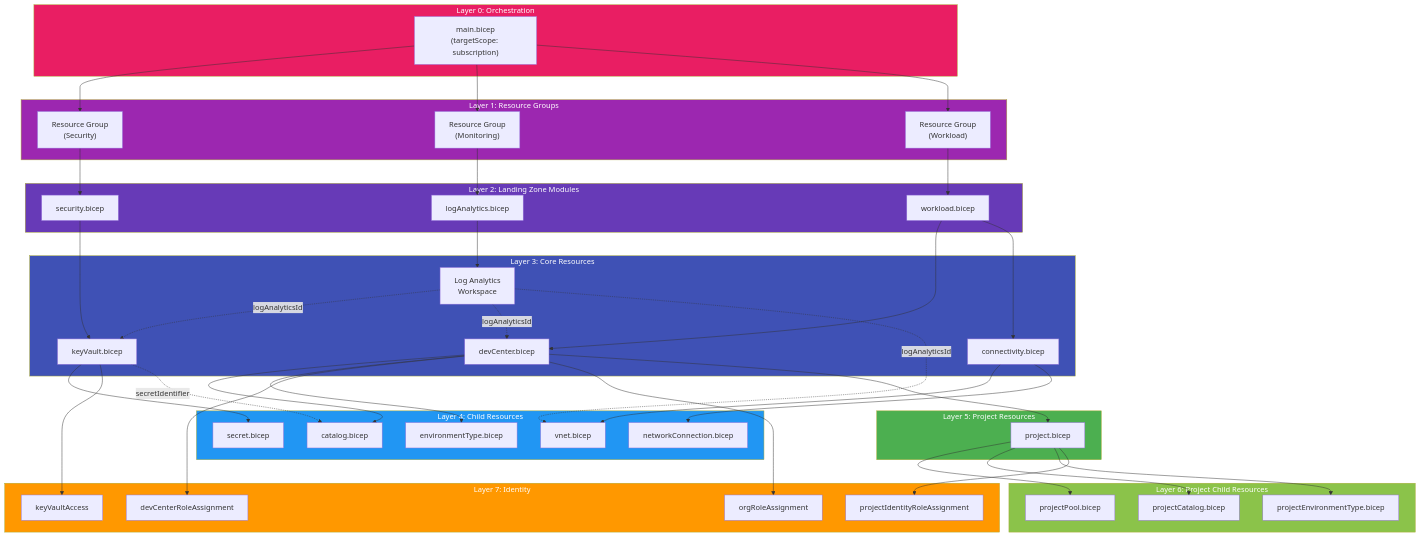
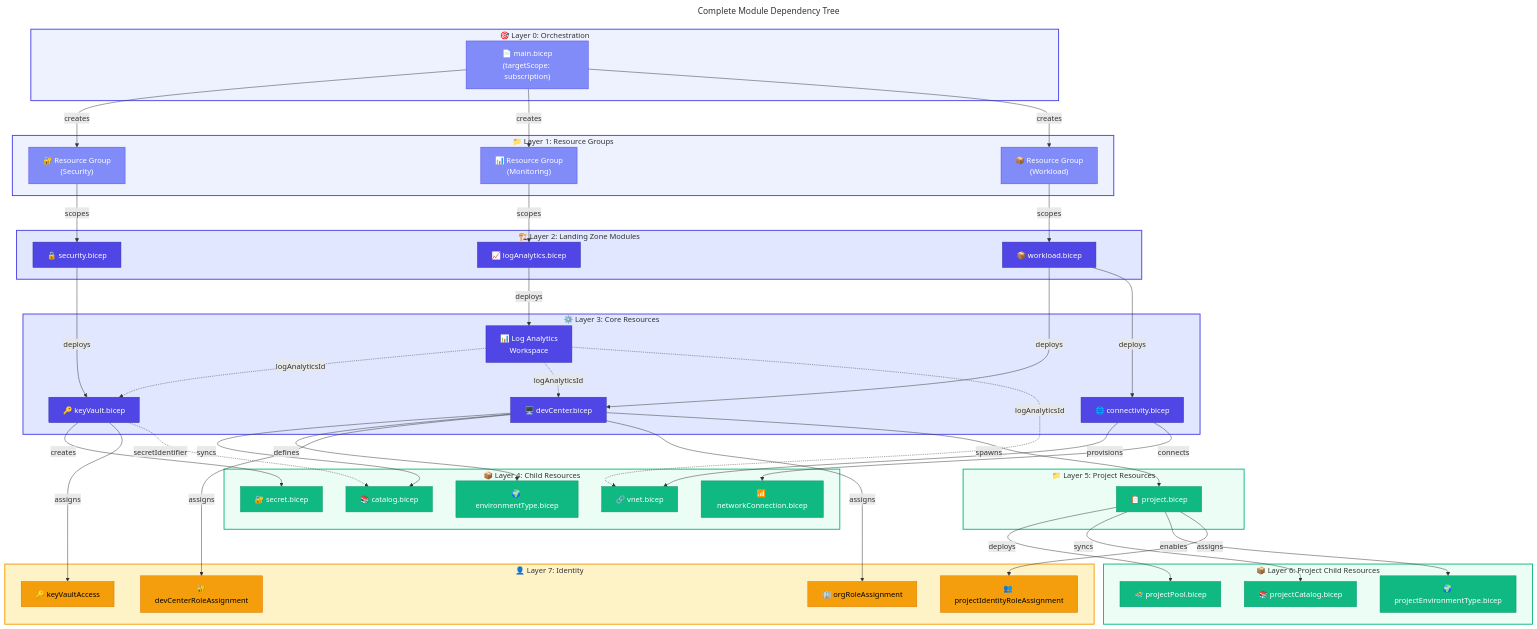
Before and after one commit to Evilazaro/DevExp-DevBox: the third of 8 diagrams in docs/architecture/03-application-architecture.md, drawn with Mermaid. The commit also changed other lines of this file, not shown here.

Commit message:
Enhance documentation for application architecture by adding titles, improving section titles, and incorporating emojis for better clarity and navigation.

````diff
--- a/docs/architecture/03-application-architecture.md
+++ b/docs/architecture/03-application-architecture.md
@@ -227,92 +227,119 @@
 ```mermaid
+---
+title: Complete Module Dependency Tree
+---
 flowchart TB
-    subgraph L0["Layer 0: Orchestration"]
-        MAIN["main.bicep\n(targetScope: subscription)"]
+    %% ===== LAYER 0: ORCHESTRATION =====
+    subgraph L0["🎯 Layer 0: Orchestration"]
+        MAIN["📄 main.bicep<br/>(targetScope: subscription)"]
     end
     
-    subgraph L1["Layer 1: Resource Groups"]
-        RG_SEC["Resource Group\n(Security)"]
-        RG_MON["Resource Group\n(Monitoring)"]
-        RG_WL["Resource Group\n(Workload)"]
+    %% ===== LAYER 1: RESOURCE GROUPS =====
+    subgraph L1["📁 Layer 1: Resource Groups"]
+        RG_SEC["🔐 Resource Group<br/>(Security)"]
+        RG_MON["📊 Resource Group<br/>(Monitoring)"]
+        RG_WL["📦 Resource Group<br/>(Workload)"]
     end
     
-    subgraph L2["Layer 2: Landing Zone Modules"]
-        SEC["security.bicep"]
-        LA["logAnalytics.bicep"]
-        WL["workload.bicep"]
+    %% ===== LAYER 2: LANDING ZONE MODULES =====
+    subgraph L2["🏗️ Layer 2: Landing Zone Modules"]
+        SEC["🔒 security.bicep"]
+        LA["📈 logAnalytics.bicep"]
+        WL["📦 workload.bicep"]
     end
     
-    subgraph L3["Layer 3: Core Resources"]
-        KV["keyVault.bicep"]
-        LOG["Log Analytics\nWorkspace"]
-        DC["devCenter.bicep"]
-        CONN["connectivity.bicep"]
+    %% ===== LAYER 3: CORE RESOURCES =====
+    subgraph L3["⚙️ Layer 3: Core Resources"]
+        KV["🔑 keyVault.bicep"]
+        LOG["📊 Log Analytics<br/>Workspace"]
+        DC["🖥️ devCenter.bicep"]
+        CONN["🌐 connectivity.bicep"]
     end
     
-    subgraph L4["Layer 4: Child Resources"]
-        SECRET["secret.bicep"]
-        CAT["catalog.bicep"]
-        ENV["environmentType.bicep"]
-        VN["vnet.bicep"]
-        NC["networkConnection.bicep"]
+    %% ===== LAYER 4: CHILD RESOURCES =====
+    subgraph L4["📦 Layer 4: Child Resources"]
+        SECRET["🔐 secret.bicep"]
+        CAT["📚 catalog.bicep"]
+        ENV["🌍 environmentType.bicep"]
+        VN["🔗 vnet.bicep"]
+        NC["📶 networkConnection.bicep"]
     end
     
-    subgraph L5["Layer 5: Project Resources"]
-        PROJ["project.bicep"]
+    %% ===== LAYER 5: PROJECT RESOURCES =====
+    subgraph L5["📁 Layer 5: Project Resources"]
+        PROJ["📋 project.bicep"]
     end
     
-    subgraph L6["Layer 6: Project Child Resources"]
-        POOL["projectPool.bicep"]
-        PCAT["projectCatalog.bicep"]
-        PENV["projectEnvironmentType.bicep"]
+    %% ===== LAYER 6: PROJECT CHILD RESOURCES =====
+    subgraph L6["📦 Layer 6: Project Child Resources"]
+        POOL["🏊 projectPool.bicep"]
+        PCAT["📚 projectCatalog.bicep"]
+        PENV["🌍 projectEnvironmentType.bicep"]
     end
     
-    subgraph L7["Layer 7: Identity"]
-        DCRA["devCenterRoleAssignment"]
-        ORA["orgRoleAssignment"]
-        PIRA["projectIdentityRoleAssignment"]
-        KVA["keyVaultAccess"]
+    %% ===== LAYER 7: IDENTITY =====
+    subgraph L7["👤 Layer 7: Identity"]
+        DCRA["🔐 devCenterRoleAssignment"]
+        ORA["🏢 orgRoleAssignment"]
+        PIRA["👥 projectIdentityRoleAssignment"]
+        KVA["🔑 keyVaultAccess"]
     end
     
-    MAIN --> RG_SEC
-    MAIN --> RG_MON
-    MAIN --> RG_WL
+    %% ===== CONNECTIONS =====
+    MAIN -->|creates| RG_SEC
+    MAIN -->|creates| RG_MON
+    MAIN -->|creates| RG_WL
     
-    RG_SEC --> SEC
-    RG_MON --> LA
-    RG_WL --> WL
+    RG_SEC -->|scopes| SEC
+    RG_MON -->|scopes| LA
+    RG_WL -->|scopes| WL
     
-    SEC --> KV
-    LA --> LOG
-    WL --> DC
-    WL --> CONN
+    SEC -->|deploys| KV
+    LA -->|deploys| LOG
+    WL -->|deploys| DC
+    WL -->|deploys| CONN
     
-    KV --> SECRET
-    KV --> KVA
-    DC --> CAT
-    DC --> ENV
-    DC --> DCRA
-    DC --> ORA
-    CONN --> VN
-    CONN --> NC
+    KV -->|creates| SECRET
+    KV -->|assigns| KVA
+    DC -->|syncs| CAT
+    DC -->|defines| ENV
+    DC -->|assigns| DCRA
+    DC -->|assigns| ORA
+    CONN -->|provisions| VN
+    CONN -->|connects| NC
     
-    DC --> PROJ
-    PROJ --> POOL
-    PROJ --> PCAT
-    PROJ --> PENV
-    PROJ --> PIRA
+    DC -->|spawns| PROJ
+    PROJ -->|deploys| POOL
+    PROJ -->|syncs| PCAT
+    PROJ -->|enables| PENV
+    PROJ -->|assigns| PIRA
     
     LOG -.->|logAnalyticsId| KV
     LOG -.->|logAnalyticsId| DC
     LOG -.->|logAnalyticsId| VN
     KV -.->|secretIdentifier| CAT
     
-    style L0 fill:#E91E63,color:#fff
-    style L1 fill:#9C27B0,color:#fff
-    style L2 fill:#673AB7,color:#fff
-    style L3 fill:#3F51B5,color:#fff
-    style L4 fill:#2196F3,color:#fff
-    style L5 fill:#4CAF50,color:#fff
-    style L6 fill:#8BC34A,color:#fff
-    style L7 fill:#FF9800,color:#fff
+    %% ===== STYLES =====
+    classDef trigger fill:#818CF8,stroke:#4F46E5,color:#FFFFFF
+    classDef primary fill:#4F46E5,stroke:#3730A3,color:#FFFFFF
+    classDef secondary fill:#10B981,stroke:#059669,color:#FFFFFF
+    classDef datastore fill:#F59E0B,stroke:#D97706,color:#000000
+    
+    class MAIN trigger
+    class RG_SEC,RG_MON,RG_WL trigger
+    class SEC,LA,WL primary
+    class KV,LOG,DC,CONN primary
+    class SECRET,CAT,ENV,VN,NC secondary
+    class PROJ secondary
+    class POOL,PCAT,PENV secondary
+    class DCRA,ORA,PIRA,KVA datastore
+    
+    style L0 fill:#EEF2FF,stroke:#4F46E5,stroke-width:2px
+    style L1 fill:#EEF2FF,stroke:#4F46E5,stroke-width:2px
+    style L2 fill:#E0E7FF,stroke:#4F46E5,stroke-width:2px
+    style L3 fill:#E0E7FF,stroke:#4F46E5,stroke-width:2px
+    style L4 fill:#ECFDF5,stroke:#10B981,stroke-width:2px
+    style L5 fill:#ECFDF5,stroke:#10B981,stroke-width:2px
+    style L6 fill:#ECFDF5,stroke:#10B981,stroke-width:2px
+    style L7 fill:#FEF3C7,stroke:#F59E0B,stroke-width:2px
 ```
````
